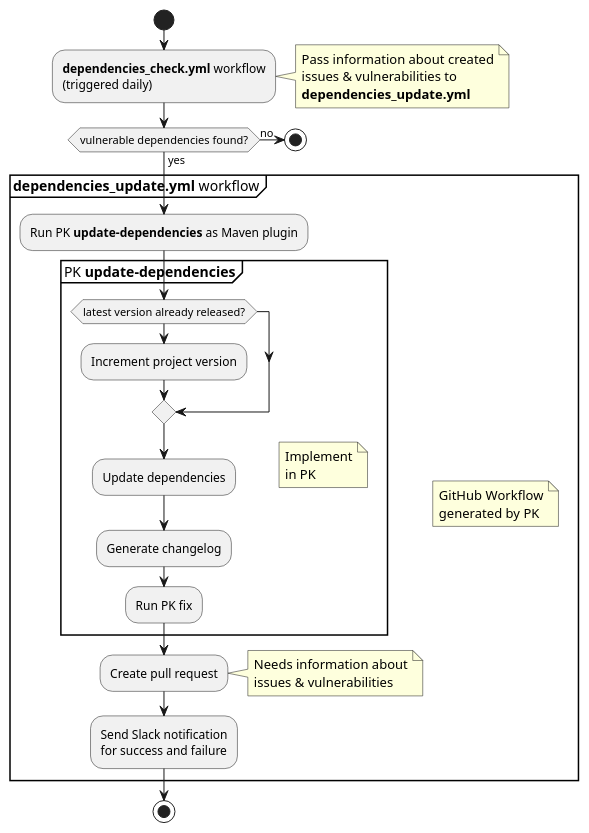
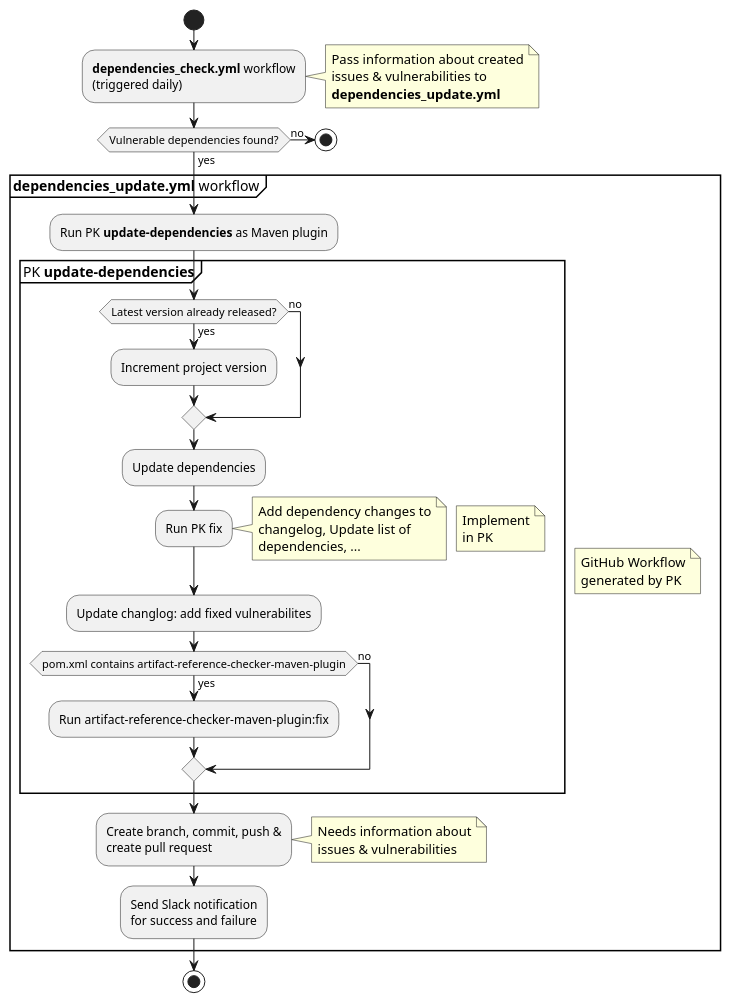
The diagram in doc/images/dependencies_update_process.plantuml (exasol/project-keeper), drawn with PlantUML before and after one commit. The commit also changed 3 other files, not shown here.

Commit message:
Implement review findings for diagrams

```diff
--- a/doc/images/dependencies_update_process.plantuml
+++ b/doc/images/dependencies_update_process.plantuml
@@ -1,42 +1,53 @@
 @startuml dependencies_update_process
 
 start
 :**dependencies_check.yml** workflow
 (triggered daily);
 note right
   Pass information about created
   issues & vulnerabilities to
   **dependencies_update.yml**
 end note
-if(vulnerable dependencies found?) then (yes)
+if(Vulnerable dependencies found?) then (yes)
   group **dependencies_update.yml** workflow
     note right
       GitHub Workflow
       generated by PK
     end note
     :Run PK **update-dependencies** as Maven plugin;
     group PK **update-dependencies**
       note right
         Implement
         in PK
       end note
-      if(latest version already released?)
+      if(Latest version already released?) then (yes)
         :Increment project version;
+      else (no)
       endif
       :Update dependencies;
-      :Generate changelog;
       :Run PK fix;
+      note right
+        Add dependency changes to
+        changelog, Update list of
+        dependencies, ...
+      end note
+      :Update changlog: add fixed vulnerabilites;
+      if(pom.xml contains artifact-reference-checker-maven-plugin) then (yes)
+        :Run artifact-reference-checker-maven-plugin:fix;
+      else (no)
+      endif
     end group
-    :Create pull request;
+    :Create branch, commit, push &
+    create pull request;
     note right
       Needs information about
       issues & vulnerabilities
     end note
     :Send Slack notification
     for success and failure;
   end group
 else (no)
   stop
 endif
 stop
 @enduml
```
